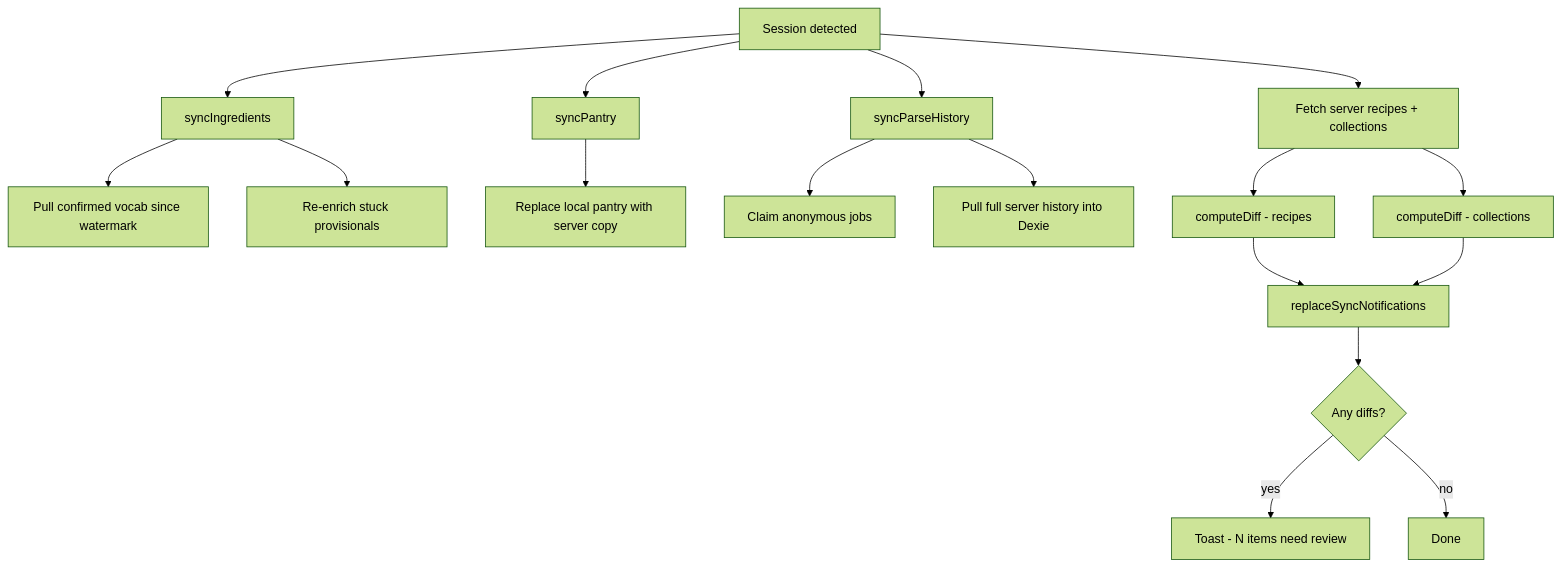
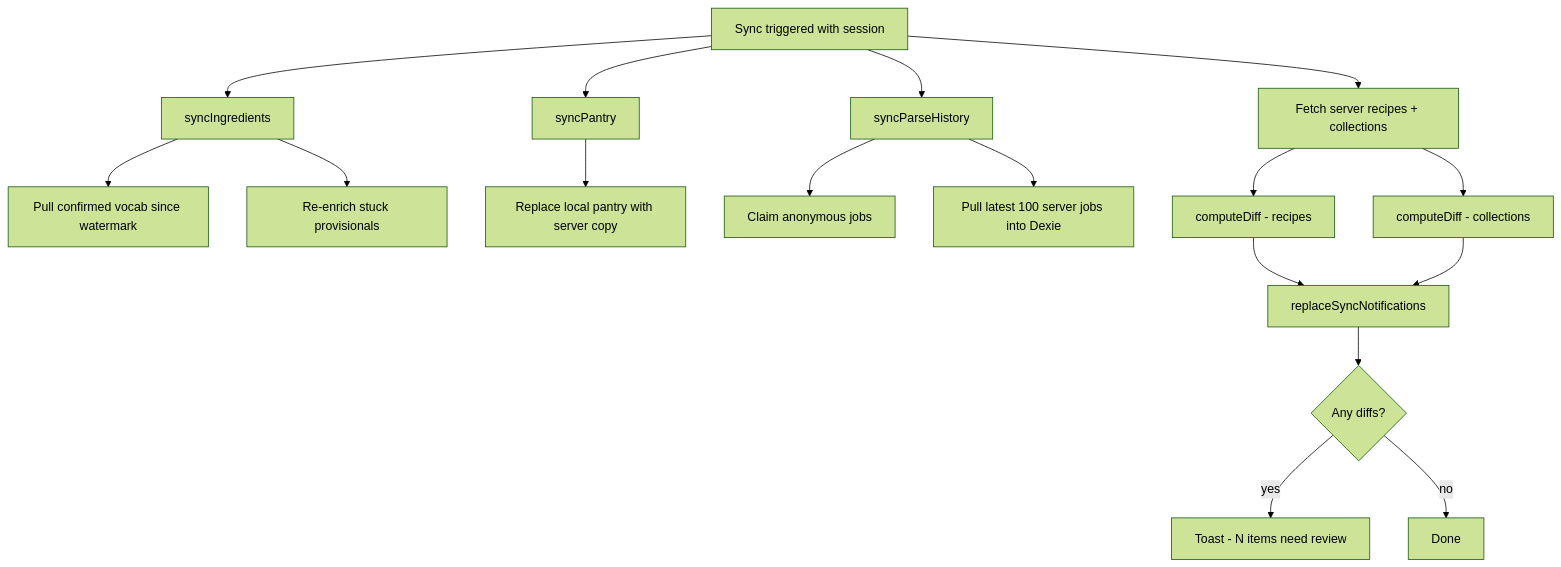
Before and after one commit to Sailarn/RecipAI: the diagram in docs/explanation/auth-and-sync.md, drawn with Mermaid (forest theme). The commit also changed other lines of this file and 19 other files, not shown here.

````diff
--- a/docs/explanation/auth-and-sync.md
+++ b/docs/explanation/auth-and-sync.md
@@ -81,23 +81,23 @@
 ```mermaid
 graph TD
-    A[Session detected] --> B[syncIngredients]
+    A[Sync triggered with session] --> B[syncIngredients]
     A --> C[syncPantry]
     A --> D[syncParseHistory]
     A --> E[Fetch server recipes + collections]
 
     B --> B1[Pull confirmed vocab since watermark]
     B --> B2[Re-enrich stuck provisionals]
 
     C --> C1[Replace local pantry with server copy]
 
     D --> D1[Claim anonymous jobs]
-    D --> D2[Pull full server history into Dexie]
+    D --> D2[Pull latest 100 server jobs into Dexie]
 
     E --> F[computeDiff - recipes]
     E --> G[computeDiff - collections]
     F --> H[replaceSyncNotifications]
     G --> H
     H --> I{Any diffs?}
     I -->|yes| J[Toast - N items need review]
     I -->|no| K[Done]
 ```
````
